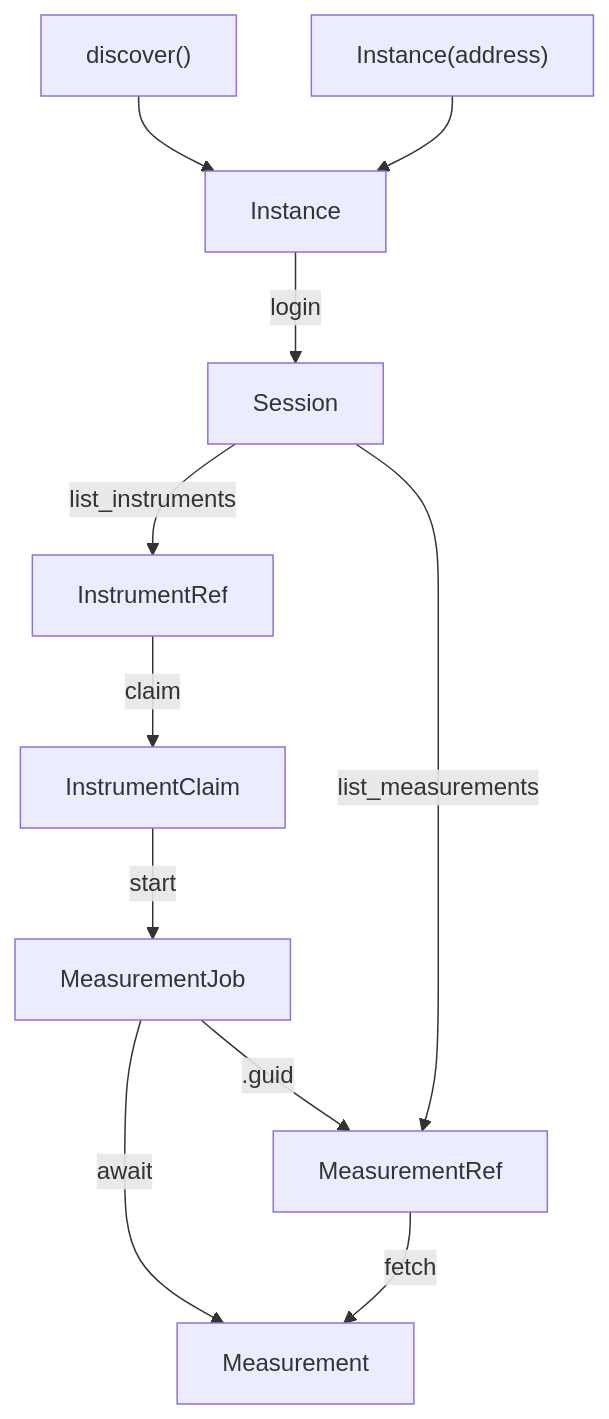
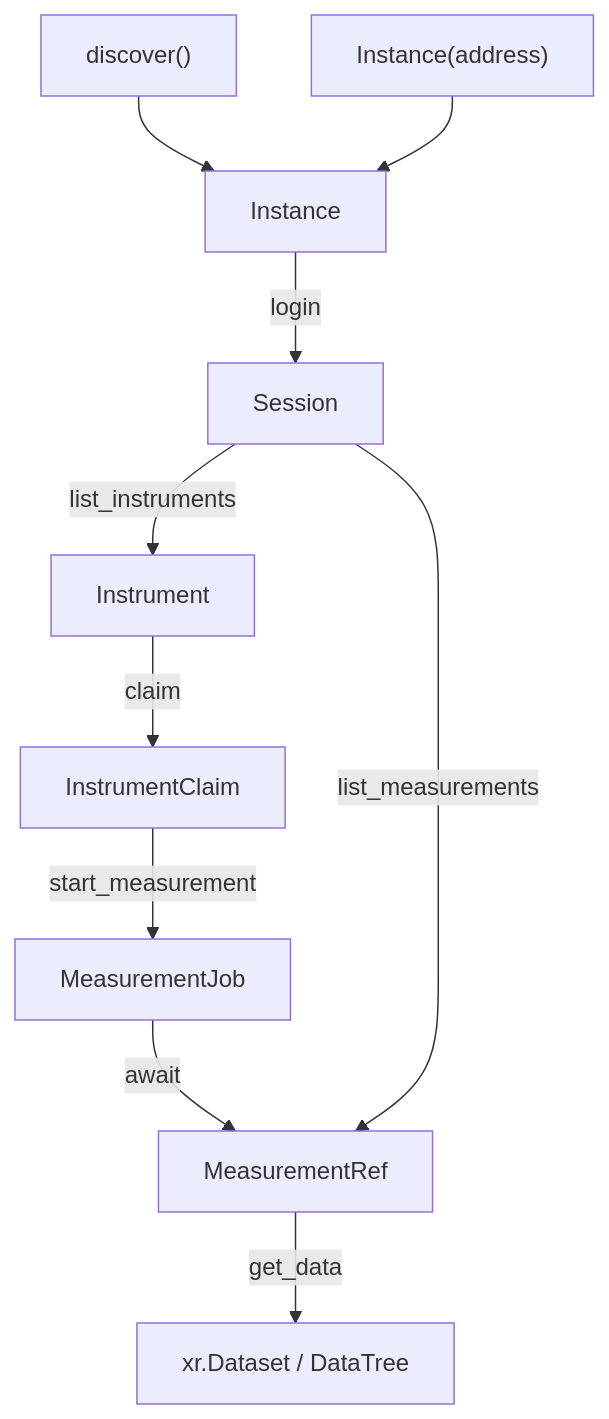
One commit to PalmSens/PalmSens_SDK changed the diagram in python/docs/zensical/lablink/concept.md. Above: the diagram before and after it, drawn with Mermaid. The commit also changed other lines of this file and 2 other files, not shown here.

````diff
--- a/python/docs/zensical/lablink/concept.md
+++ b/python/docs/zensical/lablink/concept.md
@@ -34,13 +37,12 @@
 ```mermaid
 flowchart TD
     D["discover()"] --> I[Instance]
     A["Instance(address)"] --> I
     I -- login --> S[Session]
-    S -- list_instruments --> IR[InstrumentRef]
-    IR -- claim --> C[InstrumentClaim]
-    C -- start --> J[MeasurementJob]
-    J -- await --> M[Measurement]
-    J -- .guid --> MR[MeasurementRef]
+    S -- list_instruments --> IN[Instrument]
+    IN -- claim --> C[InstrumentClaim]
+    C -- start_measurement --> J[MeasurementJob]
+    J -- await --> MR[MeasurementRef]
     S -- list_measurements --> MR
-    MR -- fetch --> M
+    MR -- get_data --> M["xr.Dataset / DataTree"]
 ```
````
